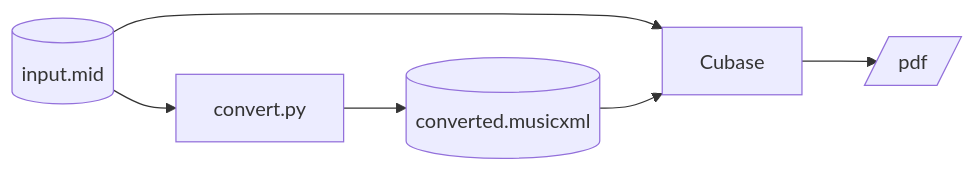
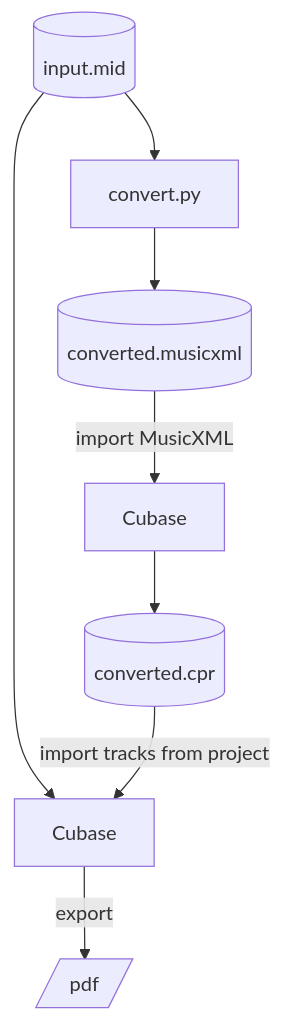
The second of 2 diagrams in workflow.md (ito55/smf-musicxml-to-xf-converter), drawn with Mermaid before and after one commit. The commit also changed other lines of this file, not shown here.

````diff
--- a/workflow.md
+++ b/workflow.md
@@ -11,5 +11,5 @@
 ```mermaid
-flowchart LR;
-    1[(input.mid)] --> 2[Cubase] --> 5[/pdf/]
-    1 --> 3[convert.py] --> 4[(converted.musicxml)] --> 2
+flowchart TD;
+    1[(input.mid)] --> 2[Cubase] --> |export|10[/pdf/];
+    1 --> 3[convert.py] --> 4[(converted.musicxml)] --> |import MusicXML|5[Cubase] --> 6[(converted.cpr)];6 --> |import tracks from project|2[Cubase]
 ```
````
